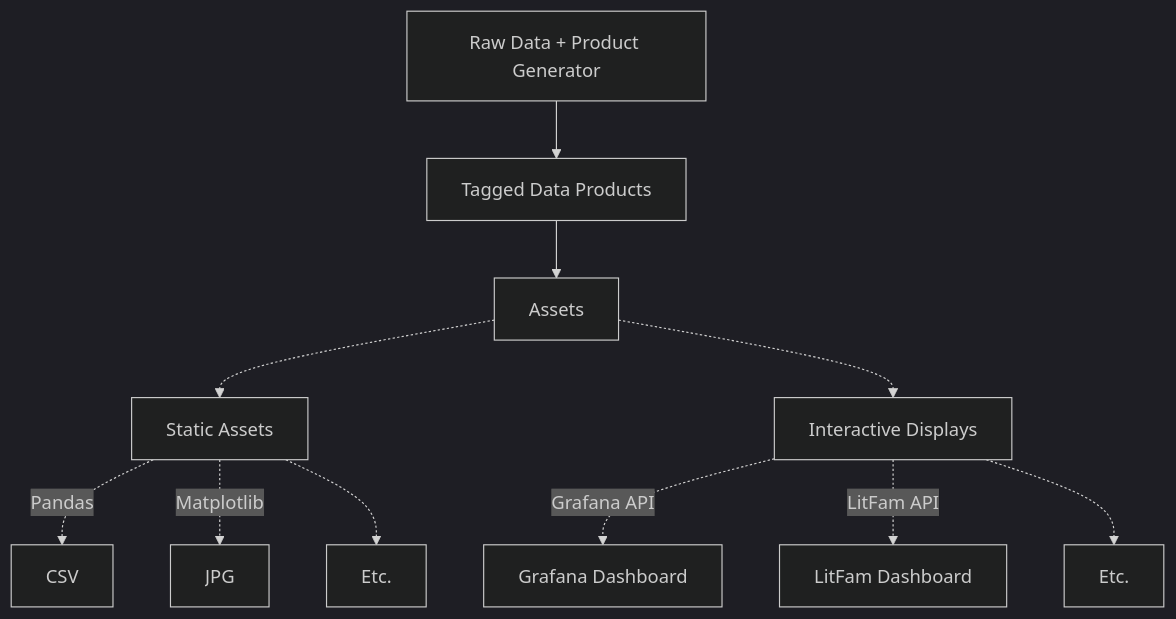
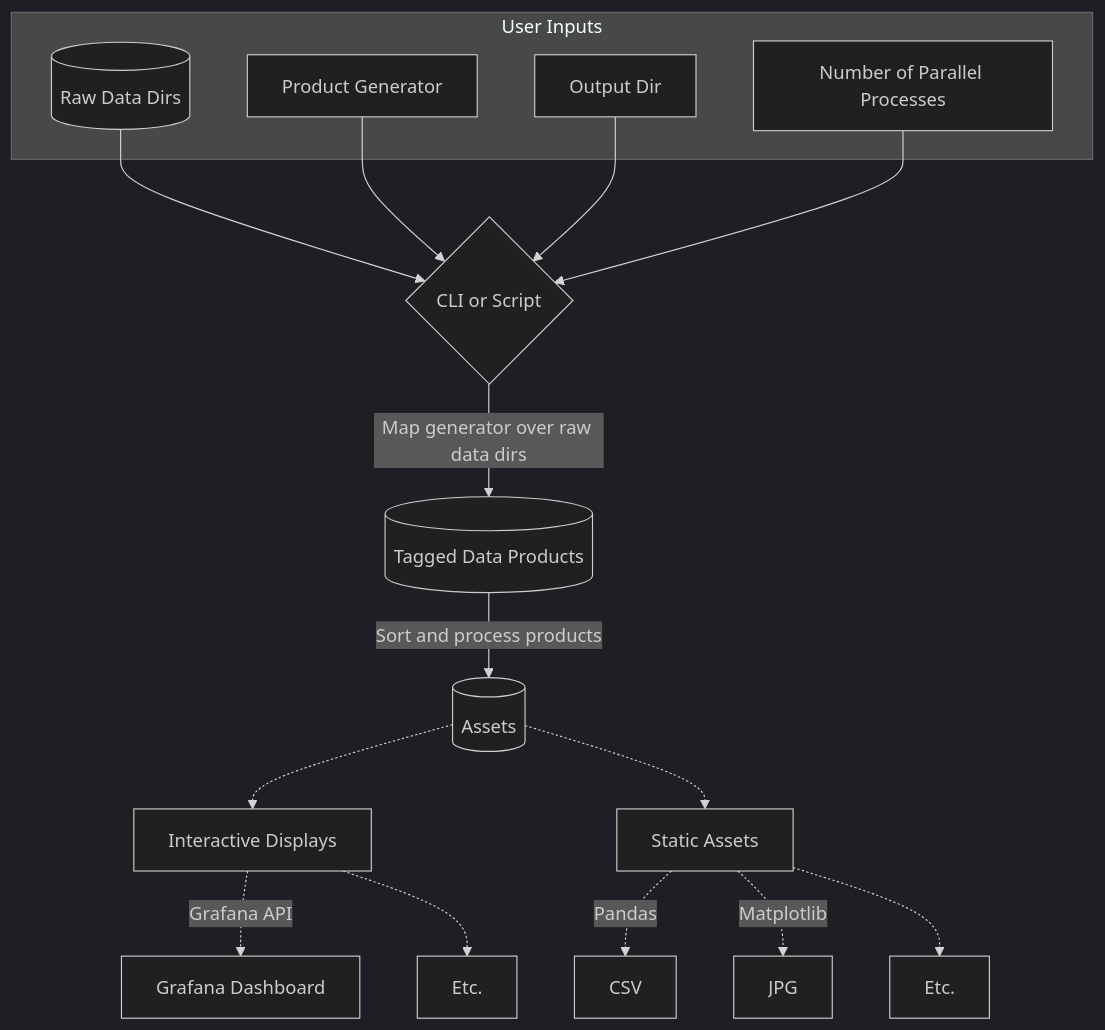
The diagram in docs/index.md (TalbotKnighton/trendify), drawn with Mermaid (dark theme) before and after one commit. The commit also changed other lines of this file and 8 other files, not shown here.

````diff
--- a/docs/index.md
+++ b/docs/index.md
@@ -7,13 +9,22 @@
 ``` mermaid
 graph TD
-  A[Raw Data + Product Generator] --> CCC[Tagged Data Products];
-  CCC --> CC[Assets];
+  subgraph "User Inputs"  
+   A[(Raw Data Dirs)];
+   AA[Product Generator];
+   AAA[Output Dir];
+   AAAA[Number of Parallel Processes]
+  end
+  A --> B{CLI or Script};
+  AA --> B;
+  AAA --> B;
+  AAAA --> B;
+  B --> |Map generator over raw data dirs| CCC[(Tagged Data Products)];
+  CCC --> |Sort and process products| CC[(Assets)];
+  CC -.-> H[Interactive Displays];
+  H -.-> |Grafana API| I[Grafana Dashboard];
+  H -.-> K[Etc.];
   CC -.-> D[Static Assets];
   D -.-> |Pandas| E[CSV];
   D -.-> |Matplotlib| F[JPG];
   D -.-> G[Etc.];
-  CC -.-> H[Interactive Displays];
-  H -.-> |Grafana API| I[Grafana Dashboard];
-  H -.-> |LitFam API| J[LitFam Dashboard];
-  H -.-> K[Etc.];
 ```
````
